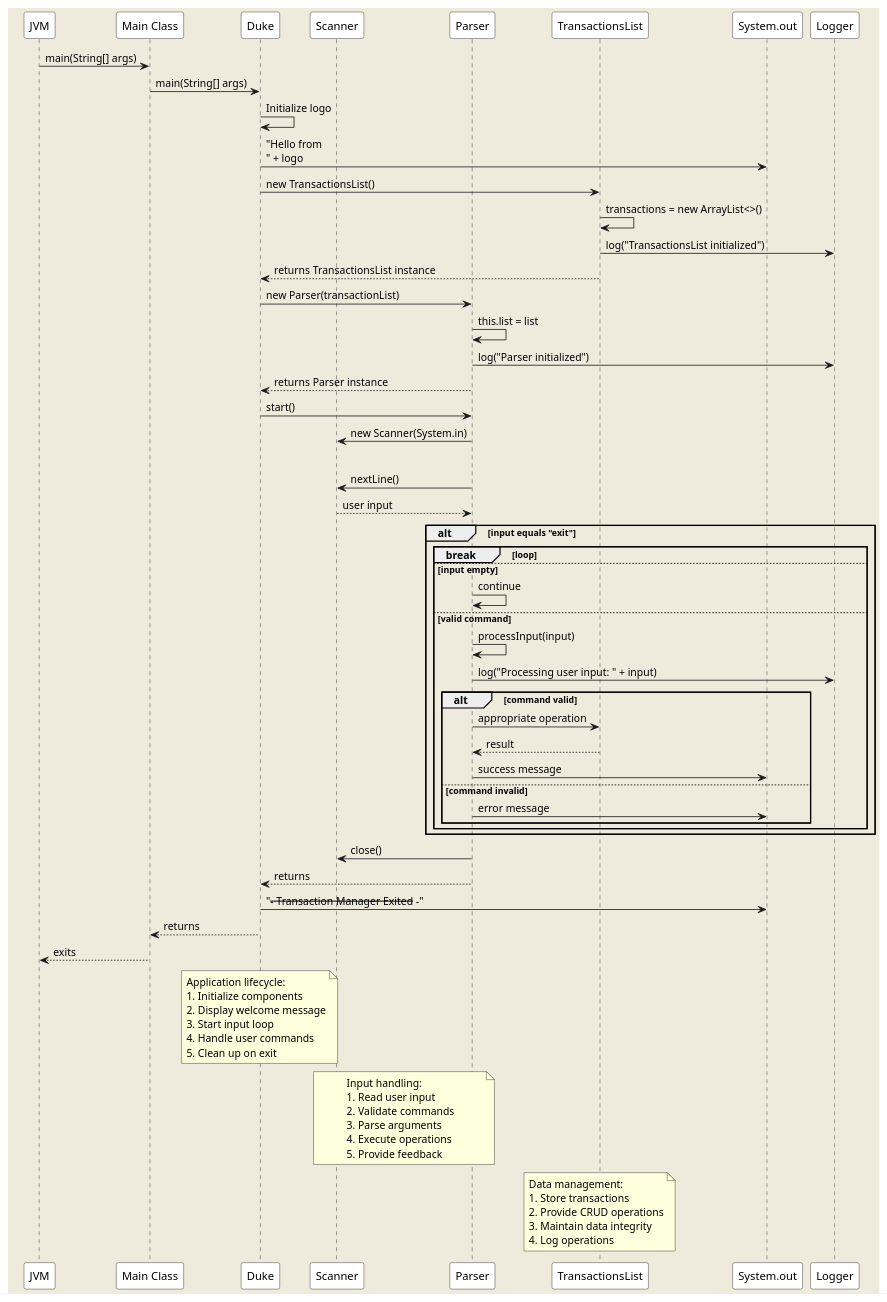
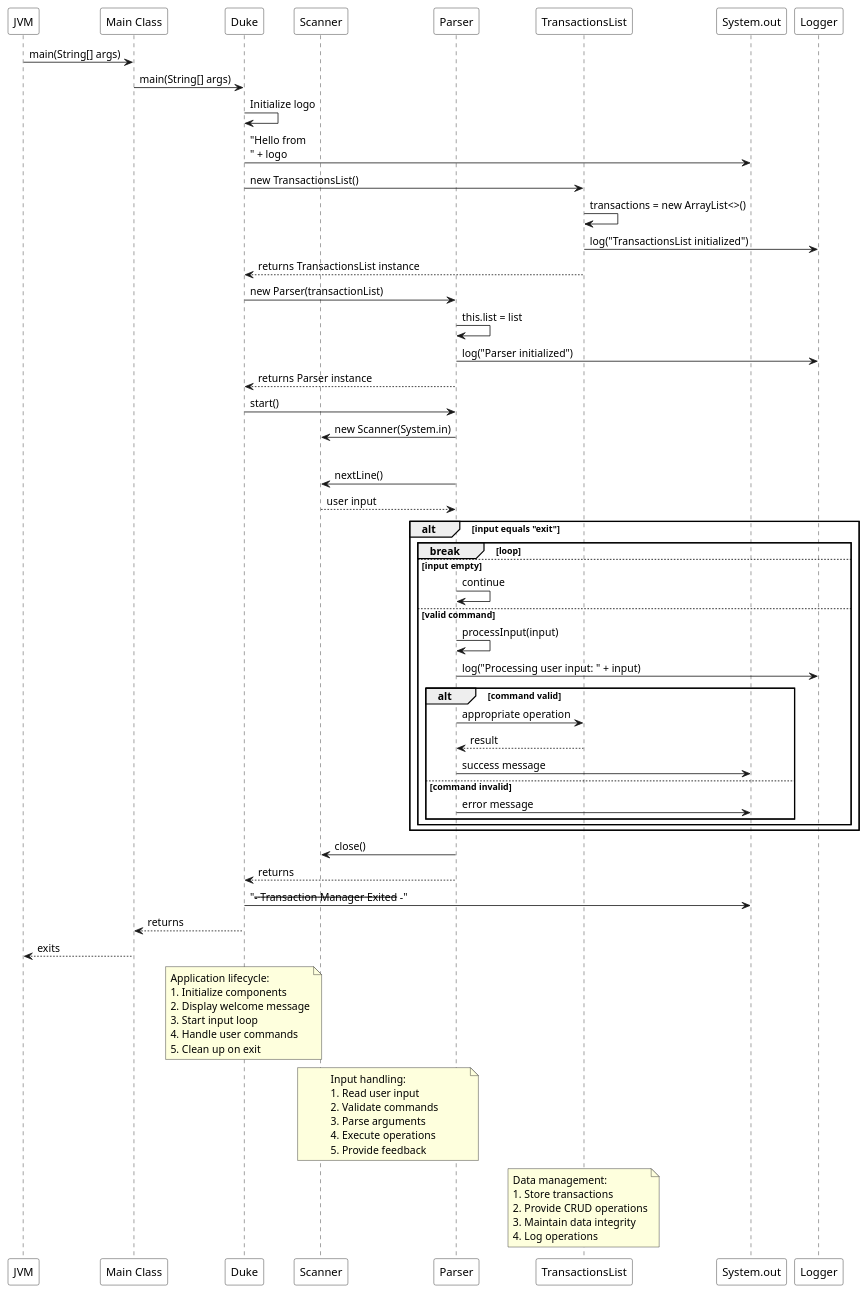
The diagram in docs/diagrams/ApplicationStartupSequence.puml (yeejj/tp), drawn with PlantUML before and after one commit. The commit also changed 35 other files, not shown here.

Commit message:
TADG-#37-table of contents and new class diagrams

```diff
--- a/docs/diagrams/ApplicationStartupSequence.puml
+++ b/docs/diagrams/ApplicationStartupSequence.puml
@@ -1,87 +1,86 @@
 @startuml
-skinparam backgroundColor #EEEBDC
 skinparam sequence {
     ParticipantBackgroundColor #FFF
     ActorBackgroundColor #FFF
     LifeLineBackgroundColor #FFF
 }
 
 participant "JVM" as JVM
 participant "Main Class" as Main
 participant "Duke" as Duke
 participant "Scanner" as Scanner
 participant "Parser" as Parser
 participant "TransactionsList" as TransactionsList
 
 JVM -> Main : main(String[] args)
 Main -> Duke : main(String[] args)
 Duke -> Duke : Initialize logo
 Duke -> System.out : "Hello from\n" + logo
 
 Duke -> TransactionsList : new TransactionsList()
 TransactionsList -> TransactionsList : transactions = new ArrayList<>()
 TransactionsList -> Logger : log("TransactionsList initialized")
 TransactionsList --> Duke : returns TransactionsList instance
 
 Duke -> Parser : new Parser(transactionList)
 Parser -> Parser : this.list = list
 Parser -> Logger : log("Parser initialized")
 Parser --> Duke : returns Parser instance
 
 Duke -> Parser : start()
 Parser -> Scanner : new Scanner(System.in)
 
 loop while scanner.hasNextLine()
     Parser -> Scanner : nextLine()
     Scanner --> Parser : user input
     
     alt input equals "exit"
         break loop
     else input empty
         Parser -> Parser : continue
     else valid command
         Parser -> Parser : processInput(input)
         Parser -> Logger : log("Processing user input: " + input)
         
         alt command valid
             Parser -> TransactionsList : appropriate operation
             TransactionsList --> Parser : result
             Parser -> System.out : success message
         else command invalid
             Parser -> System.out : error message
         end
     end
 end
 
 Parser -> Scanner : close()
 Parser --> Duke : returns
 Duke -> System.out : "--- Transaction Manager Exited ---"
 Duke --> Main : returns
 Main --> JVM : exits
 
 note over Duke
   Application lifecycle:
   1. Initialize components
   2. Display welcome message
   3. Start input loop
   4. Handle user commands
   5. Clean up on exit
 end note
 
 note over Parser,Scanner
   Input handling:
   1. Read user input
   2. Validate commands
   3. Parse arguments
   4. Execute operations
   5. Provide feedback
 end note
 
 note over TransactionsList
   Data management:
   1. Store transactions
   2. Provide CRUD operations
   3. Maintain data integrity
   4. Log operations
 end note
 @enduml
```
